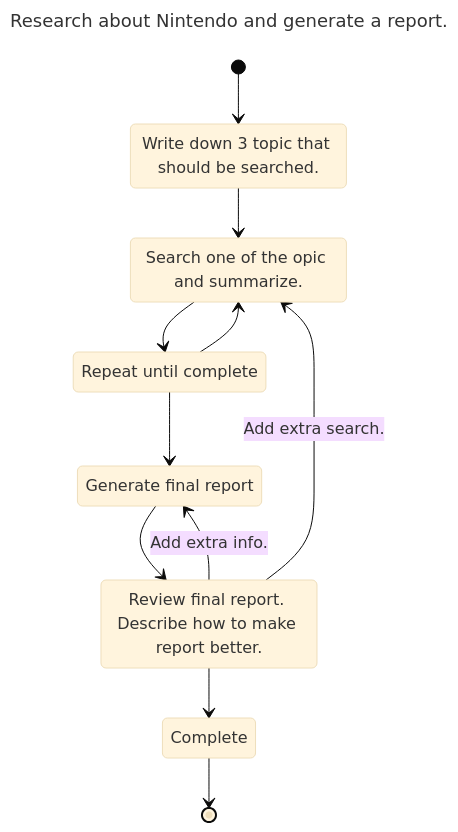
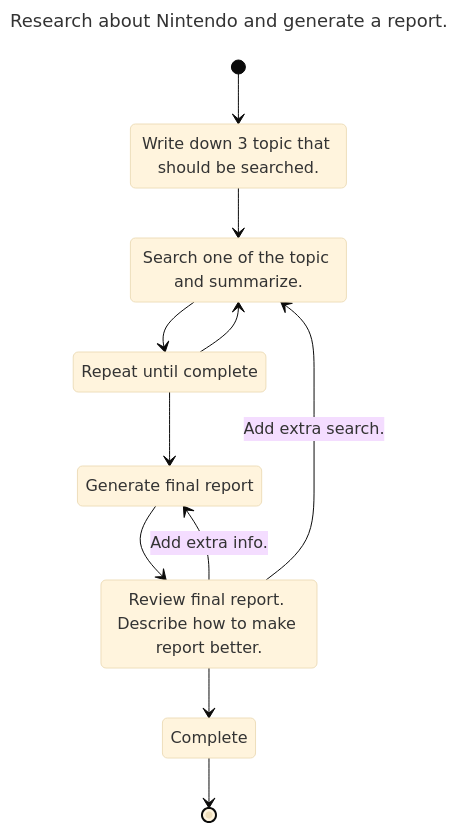
Before and after one commit to fladdict/llmermaid: the second of 2 diagrams in README.md, drawn with Mermaid (base theme). The commit also changed other lines of this file, not shown here.

````diff
--- a/README.md
+++ b/README.md
@@ -41,23 +41,23 @@
 ```mermaid
 ---
 title: Research about Nintendo and generate a report.
 ---
 stateDiagram-v2
 [*] --> A
 A --> B
 B --> C
 C --> B
 C --> D
 D --> E
 E --> F
 E --> B : Add extra search.
 E --> D : Add extra info.
 F --> [*]
 
 A: Write down 3 topic that should be searched.
-B: Search one of the opic and summarize.
+B: Search one of the topic and summarize.
 C: Repeat until complete
 D: Generate final report
 E: Review final report. Describe how to make report better.
 F: Complete
 ```
````
